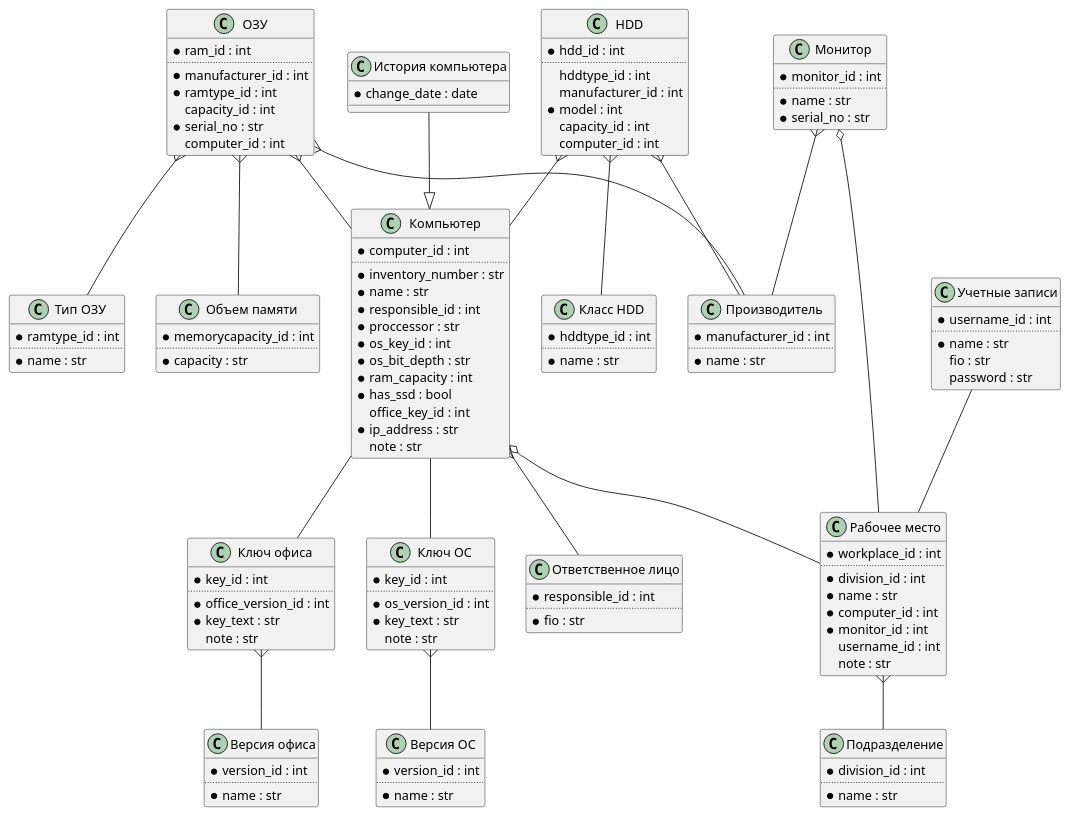
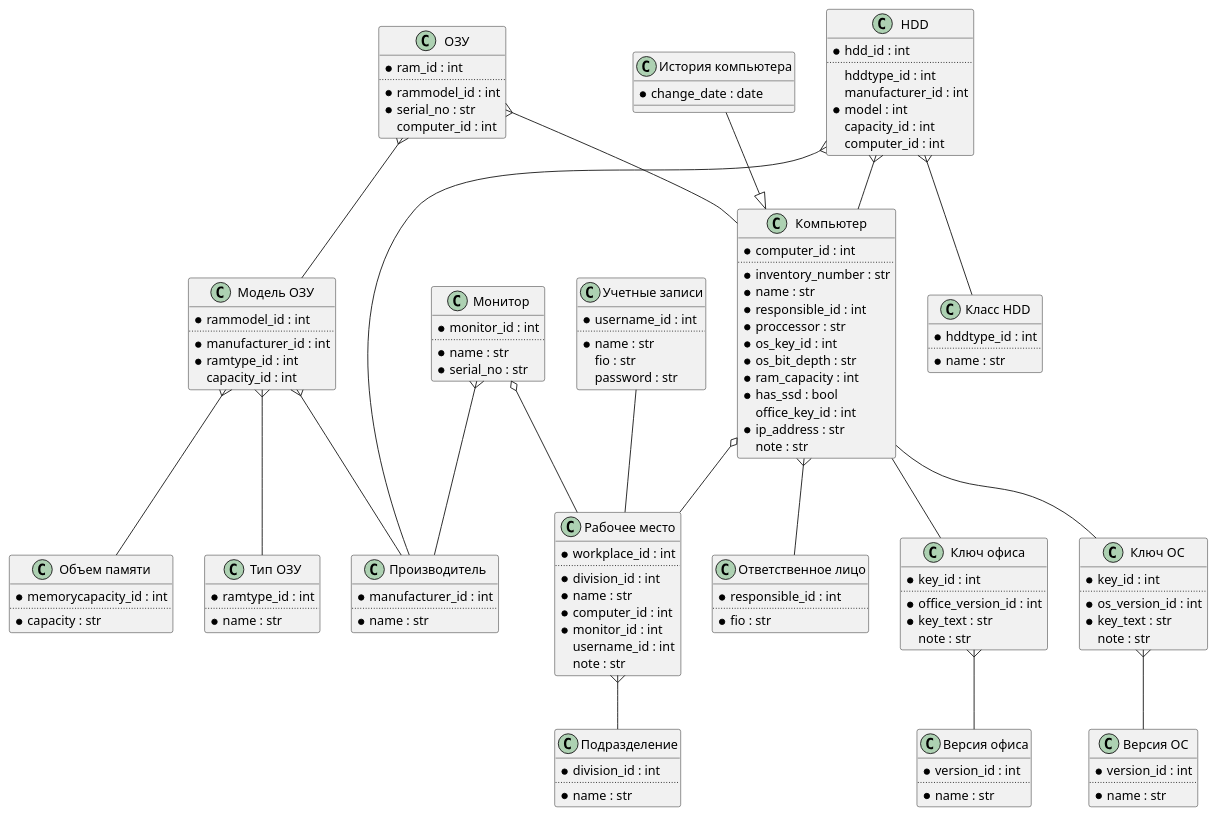
One commit to IamEvrik/ipce changed the diagram in database.plantuml. Above: the diagram before and after it, drawn with PlantUML. The commit also changed 4 other files, not shown here.

```diff
--- a/database.plantuml
+++ b/database.plantuml
@@ -1,153 +1,160 @@
 @startuml
 
 class "Версия офиса" as OfficeVersion {
 	{field} *version_id : int
 	..
 	{field} *name : str
 }
 
 class "Ключ офиса" as OfficeKey {
 	{field} *key_id : int
 	..
 	{field} *office_version_id : int
 	{field} *key_text : str
 	{field} note : str
 }
 
 class "Версия ОС" as OSVersion {
 	{field} *version_id : int
 	..
 	{field} *name : str
 }
 
 class "Ключ ОС" as OSKey {
 	{field} *key_id : int
 	..
 	{field} *os_version_id : int
 	{field} *key_text : str
 	{field} note : str
 }
 
 class "Подразделение" as Division {
 	{field} *division_id : int
 	..
 	{field} *name : str
 }
 
 class "Рабочее место" as WorkPlace {
 	{field} *workplace_id : int
 	..
 	{field} *division_id : int
 	{field} *name : str
 	{field} *computer_id : int
 	{field} *monitor_id : int
 	{field} username_id : int
 	{field} note : str
 } 
 
 class "Компьютер" as Computer {
 	{field} *computer_id : int
 	..
 	{field} *inventory_number : str
 	{field} *name : str
 	{field} *responsible_id : int
 	{field} *proccessor : str
 	{field} *os_key_id : int
 	{field} *os_bit_depth : str
 	{field} *ram_capacity : int
 	{field} *has_ssd : bool
 	{field} office_key_id : int
 	{field} *ip_address : str
 	{field} note : str
 }	
 
 class "История компьютера" as ComputerHistory {
 	{field} *change_date : date
 }
 
 class "Монитор" as Monitor {
 	{field} *monitor_id : int
 	..
 	{field} *name : str
 	{field} *serial_no : str
 }
 
 class "Учетные записи" as UserName {
 	{field} *username_id : int
 	..
 	{field} *name : str
 	{field} fio : str
 	{field} password : str
 }
 
 class "Ответственное лицо" as Responsible {
 	{field} *responsible_id : int
 	..
 	{field} *fio : str
 } 
 		
 class "Производитель" as Manufacturer {
 	{field} *manufacturer_id : int
 	..
 	{field} *name : str
 }
 
 class "Тип ОЗУ" as RAMType {
 	{field} *ramtype_id : int
 	..
 	{field} *name : str
 }
 
 class "Объем памяти" as MemoryCapacity {
 	{field} *memorycapacity_id : int
 	..
 	{field} *capacity : str	
 }
 
 class "ОЗУ" as RAM {
 	{field} *ram_id : int
 	..
-	{field} *manufacturer_id : int
-	{field} *ramtype_id : int
-	{field} capacity_id : int
+	{field} *rammodel_id : int
 	{field} *serial_no : str
 	{field} computer_id : int
 }
 
 class "Класс HDD" as HDDType {
 	{field} *hddtype_id : int
 	..
 	{field} *name : str
 }
 
 class "HDD" as HDD {
 	{field} *hdd_id : int
 	..
 	{field} hddtype_id : int
 	{field} manufacturer_id : int
 	{field} *model : int
 	{field} capacity_id : int
 	{field} computer_id : int
 }
 
+class "Модель ОЗУ" as RAMModel {
+	{field} *rammodel_id : int
+	..
+	{field} *manufacturer_id : int
+	{field} *ramtype_id : int
+	{field} capacity_id : int
+}
+
 
 OfficeKey }-- OfficeVersion
 OSKey }-- OSVersion
 WorkPlace }-- Division	
 Computer -- OSKey
 Computer -- OfficeKey
 Computer o-- WorkPlace	
 Computer }-- Responsible
 ComputerHistory --|> Computer
 Monitor o-- WorkPlace
 Monitor }-- Manufacturer
 UserName -- WorkPlace
-RAM }-- RAMType
-RAM }-- MemoryCapacity
-RAM }-- Manufacturer
+RAMModel }-- RAMType
+RAMModel }-- MemoryCapacity
+RAMModel }-- Manufacturer
+RAM }-- RAMModel
 RAM }-- Computer
 HDD }-- HDDType
 HDD }-- Computer	
 HDD }-- Manufacturer
 
 @enduml
```
